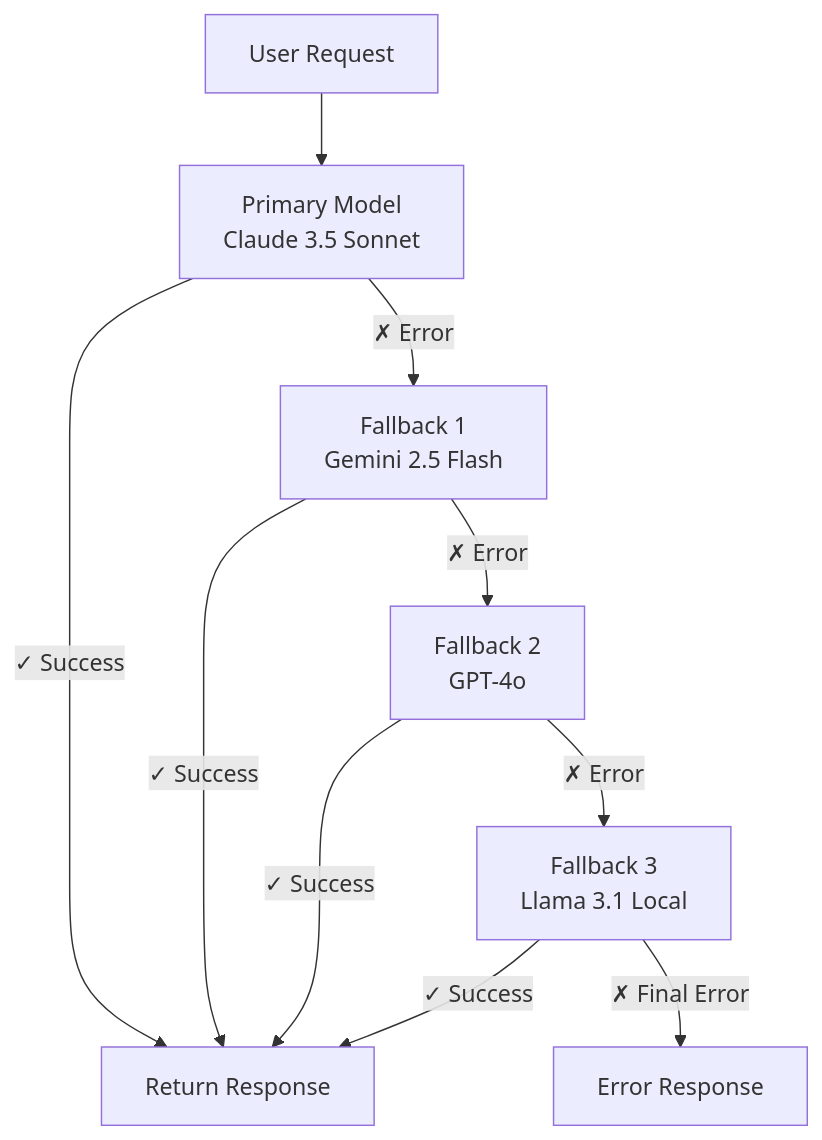
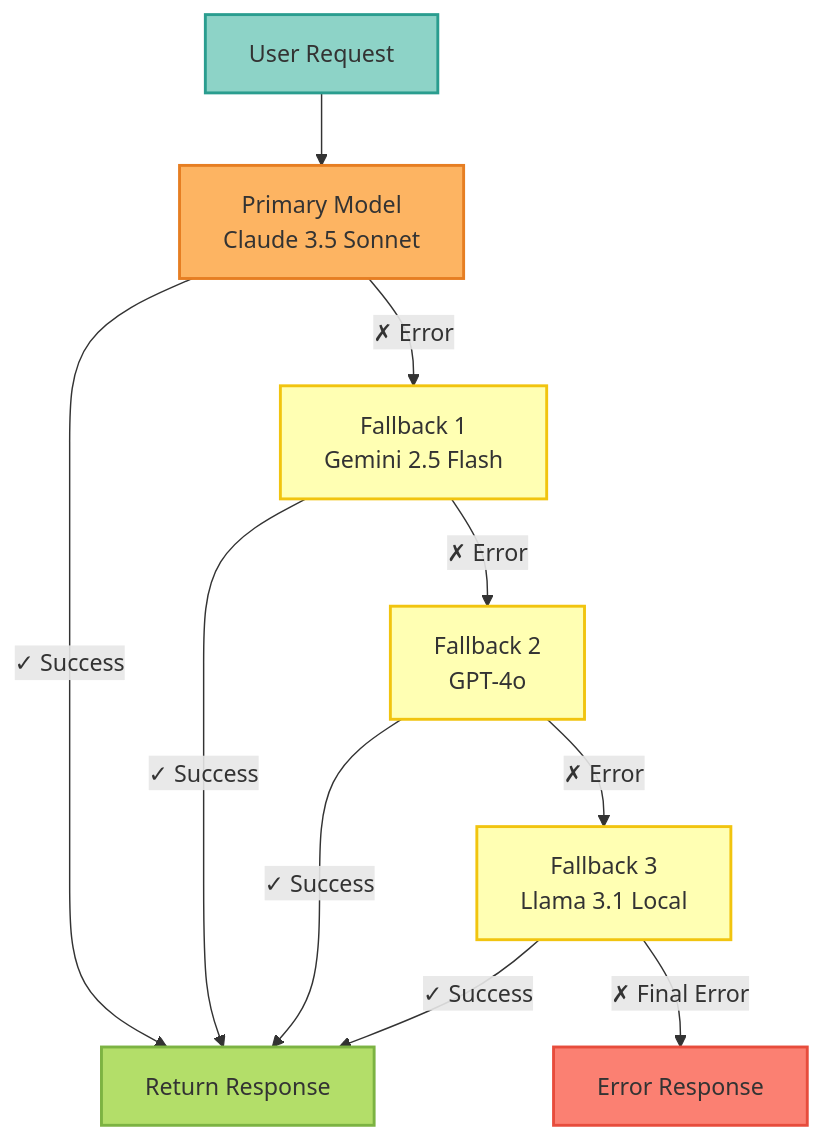
The diagram in docs/guides/multi-llm-setup.mdx (vishnu2kmohan/mcp-server-langgraph), drawn with Mermaid before and after one commit. The commit also changed 13 other files, not shown here.

First line of the commit message:
docs: apply ColorBrewer2 Set3 styling to all remaining diagrams and enforce standards

````diff
--- a/docs/guides/multi-llm-setup.mdx
+++ b/docs/guides/multi-llm-setup.mdx
@@ -305,17 +305,29 @@
 ```mermaid
 flowchart TD
     Request[User Request] --> Primary[Primary Model<br/>Claude 3.5 Sonnet]
 
     Primary -->|✓ Success| Response[Return Response]
     Primary -->|✗ Error| Fallback1[Fallback 1<br/>Gemini 2.5 Flash]
 
     Fallback1 -->|✓ Success| Response
     Fallback1 -->|✗ Error| Fallback2[Fallback 2<br/>GPT-4o]
 
     Fallback2 -->|✓ Success| Response
     Fallback2 -->|✗ Error| Fallback3[Fallback 3<br/>Llama 3.1 Local]
 
     Fallback3 -->|✓ Success| Response
     Fallback3 -->|✗ Final Error| Error[Error Response]
 
+    %% ColorBrewer2 Set3 palette - each component type uniquely colored
+    classDef startStyle fill:#8dd3c7,stroke:#2a9d8f,stroke-width:2px,color:#333
+    classDef primaryStyle fill:#fdb462,stroke:#e67e22,stroke-width:2px,color:#333
+    classDef fallbackStyle fill:#ffffb3,stroke:#f1c40f,stroke-width:2px,color:#333
+    classDef successStyle fill:#b3de69,stroke:#7cb342,stroke-width:2px,color:#333
+    classDef errorStyle fill:#fb8072,stroke:#e74c3c,stroke-width:2px,color:#333
+
+    class Request startStyle
+    class Primary primaryStyle
+    class Fallback1,Fallback2,Fallback3 fallbackStyle
+    class Response successStyle
+    class Error errorStyle
 ```
````
